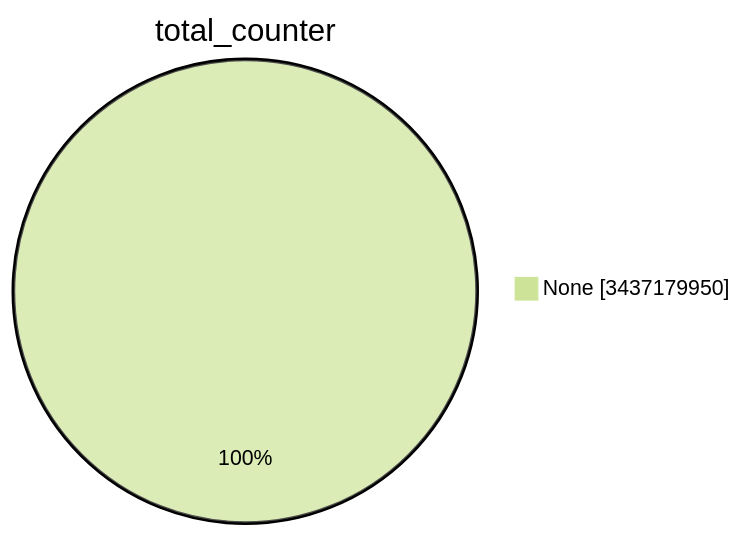
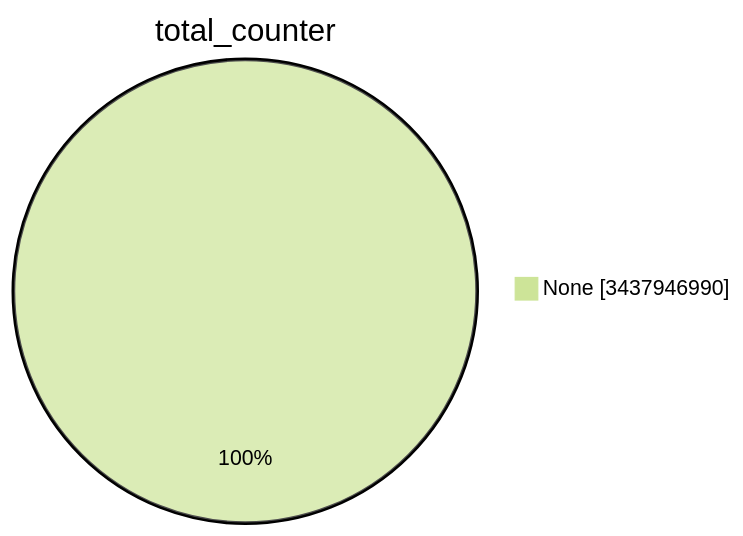
The first of 15 diagrams in TOTAL/README.md (christiankrug/ctmonitor_visualization), drawn with Mermaid (forest theme) before and after one commit. The commit also changed other lines of this file, not shown here.

````diff
--- a/TOTAL/README.md
+++ b/TOTAL/README.md
@@ -1,5 +1,5 @@
 ```mermaid
 pie showData
 title total_counter
-"None" :3437179950
+"None" :3437946990
 ```
````
